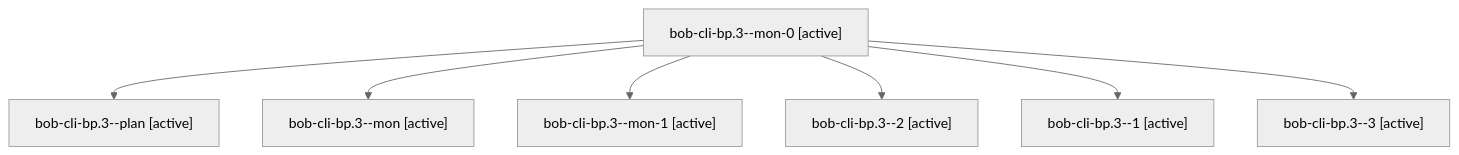
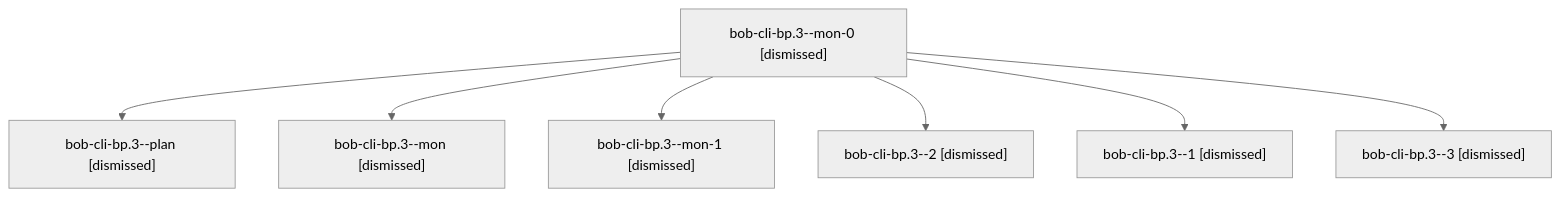
The diagram in sessions/bbugyi200.apollo.bob-cli-bp.3.md (bobs-org/bob-cli--agents), drawn with Mermaid (neutral theme) before and after one commit. The commit also changed other lines of this file and 214 other files, not shown here.

````diff
--- a/sessions/bbugyi200.apollo.bob-cli-bp.3.md
+++ b/sessions/bbugyi200.apollo.bob-cli-bp.3.md
@@ -9,16 +9,16 @@
 ```mermaid
 flowchart TD
-  n0["bob-cli-bp.3--mon-0 [active]"]
-  n1["bob-cli-bp.3--plan [active]"]
+  n0["bob-cli-bp.3--mon-0 [dismissed]"]
+  n1["bob-cli-bp.3--plan [dismissed]"]
   n0 --> n1
-  n2["bob-cli-bp.3--mon [active]"]
+  n2["bob-cli-bp.3--mon [dismissed]"]
   n0 --> n2
-  n3["bob-cli-bp.3--mon-1 [active]"]
+  n3["bob-cli-bp.3--mon-1 [dismissed]"]
   n0 --> n3
-  n4["bob-cli-bp.3--2 [active]"]
+  n4["bob-cli-bp.3--2 [dismissed]"]
   n0 --> n4
-  n5["bob-cli-bp.3--1 [active]"]
+  n5["bob-cli-bp.3--1 [dismissed]"]
   n0 --> n5
-  n6["bob-cli-bp.3--3 [active]"]
+  n6["bob-cli-bp.3--3 [dismissed]"]
   n0 --> n6
 ```
````
